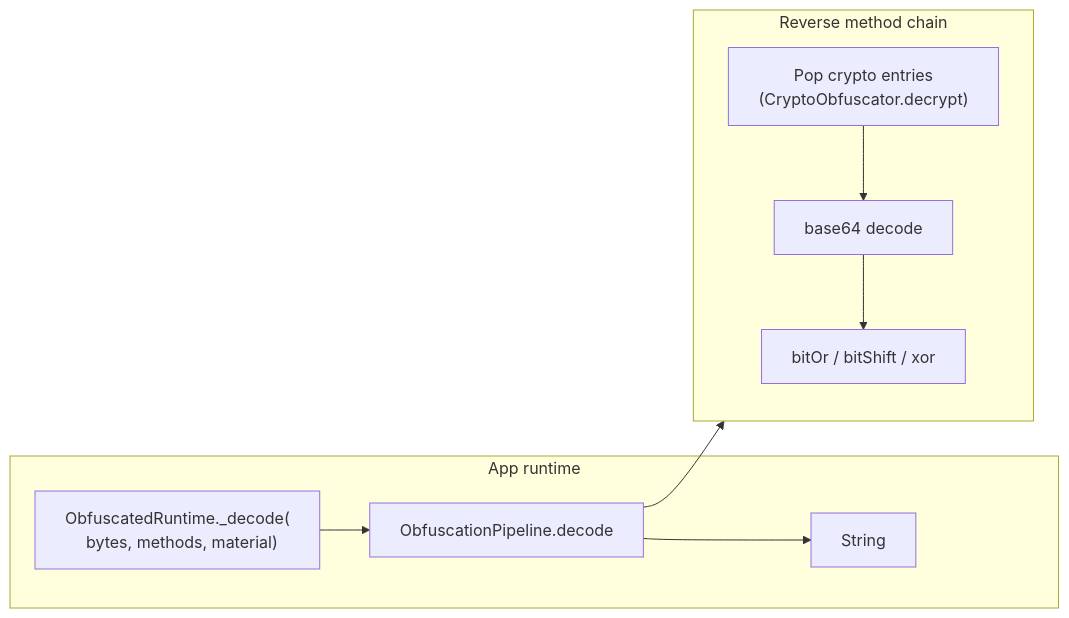
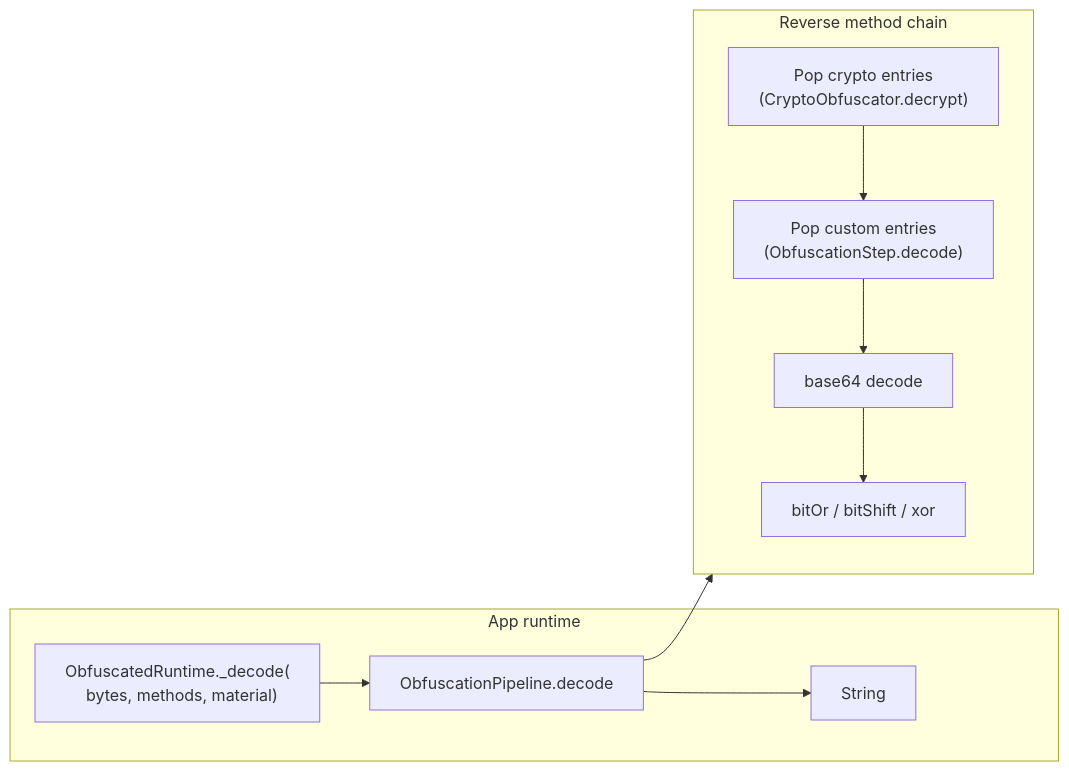
One commit to tomisacat/Obfuscated changed the third of 8 diagrams in docs/ARCHITECTURE.md. Above: the diagram before and after it, drawn with Mermaid. The commit also changed other lines of this file and 30 other files, not shown here.

Commit message:
Support user custom obfuscation method

````diff
--- a/docs/ARCHITECTURE.md
+++ b/docs/ARCHITECTURE.md
@@ -84,21 +94,22 @@
 ```mermaid
 flowchart LR
     subgraph App["App runtime"]
         CALL["ObfuscatedRuntime._decode(\n  bytes, methods, material)"]
         DEC["ObfuscationPipeline.decode"]
         STR["String"]
     end
 
     CALL --> DEC
     DEC --> STR
 
     subgraph Reverse["Reverse method chain"]
         direction TB
         R1["Pop crypto entries\n(CryptoObfuscator.decrypt)"]
+        R1b["Pop custom entries\n(ObfuscationStep.decode)"]
         R2["base64 decode"]
         R3["bitOr / bitShift / xor"]
-        R1 --> R2 --> R3
+        R1 --> R1b --> R2 --> R3
     end
 
     DEC --> Reverse
 ```
````
